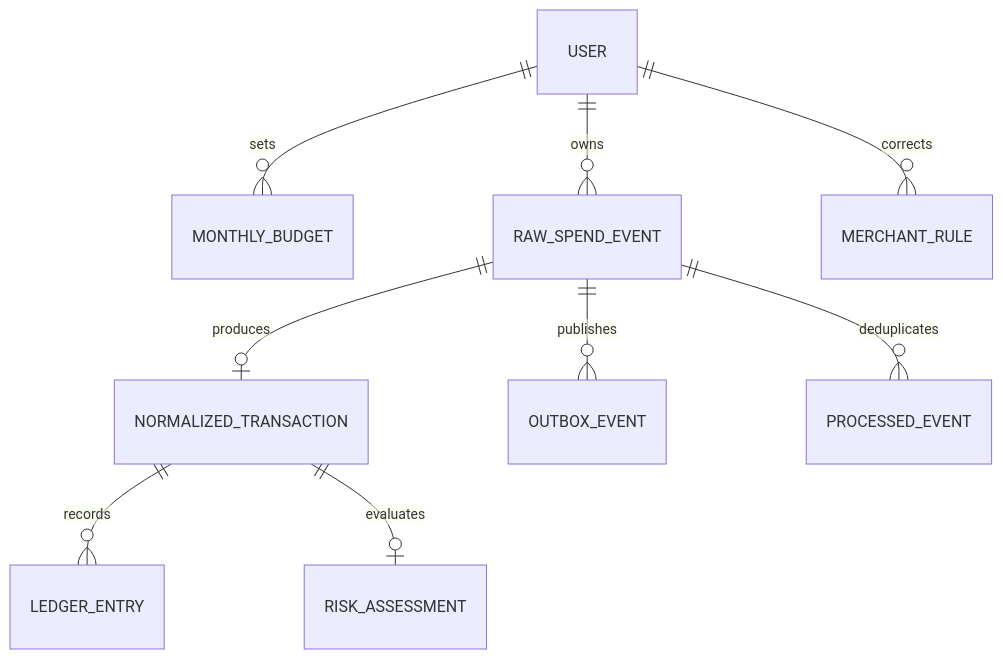
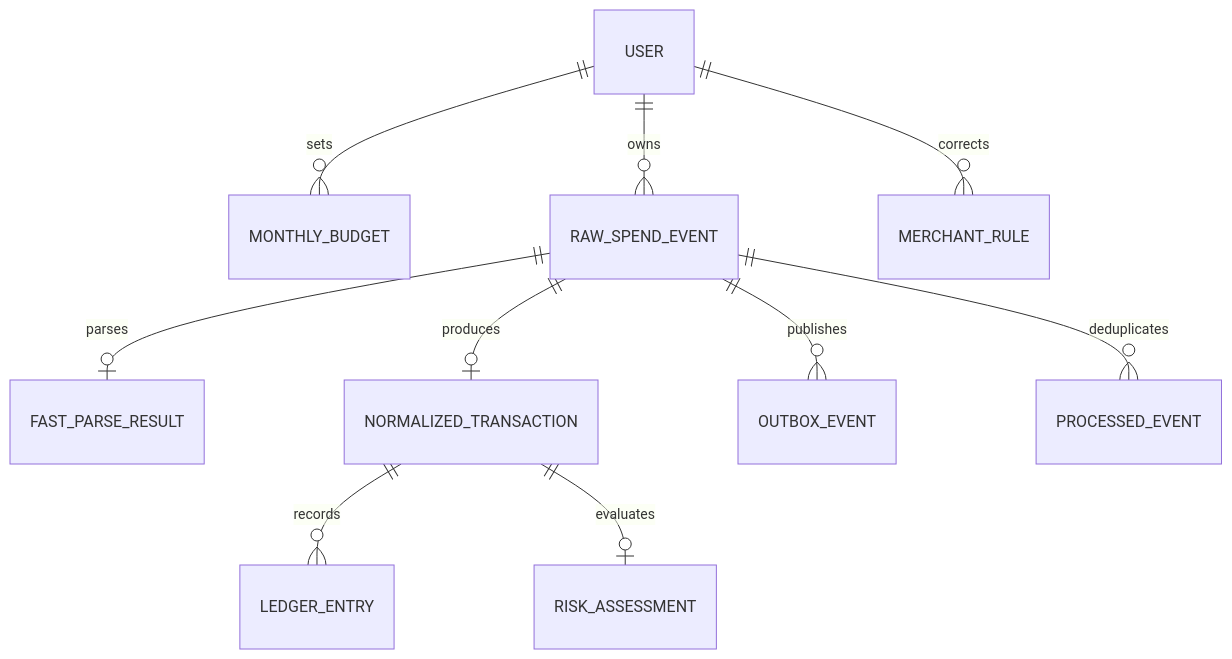
The diagram in docs/architecture/data-model.md (Joajy/Spending-Guard), drawn with Mermaid before and after one commit. The commit also changed other lines of this file and 49 other files, not shown here.

````diff
--- a/docs/architecture/data-model.md
+++ b/docs/architecture/data-model.md
@@ -5,11 +5,12 @@
 ```mermaid
 erDiagram
     USER ||--o{ MONTHLY_BUDGET : sets
     USER ||--o{ RAW_SPEND_EVENT : owns
+    RAW_SPEND_EVENT ||--o| FAST_PARSE_RESULT : parses
     RAW_SPEND_EVENT ||--o| NORMALIZED_TRANSACTION : produces
     RAW_SPEND_EVENT ||--o{ OUTBOX_EVENT : publishes
     NORMALIZED_TRANSACTION ||--o{ LEDGER_ENTRY : records
     NORMALIZED_TRANSACTION ||--o| RISK_ASSESSMENT : evaluates
     USER ||--o{ MERCHANT_RULE : corrects
     RAW_SPEND_EVENT ||--o{ PROCESSED_EVENT : deduplicates
 ```
````
